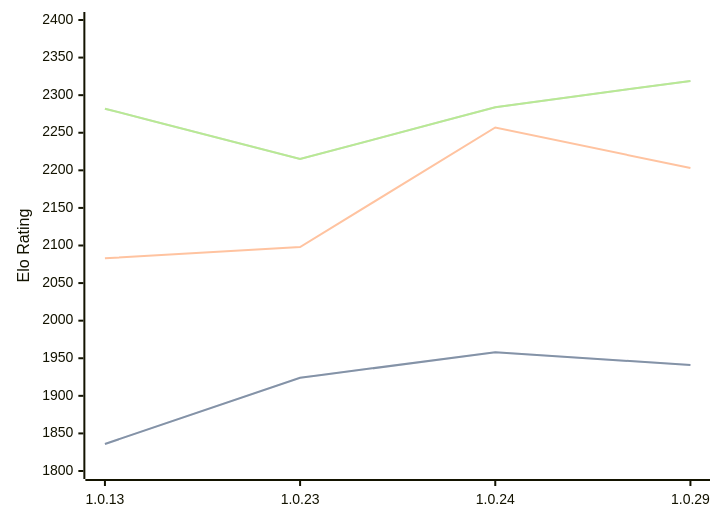
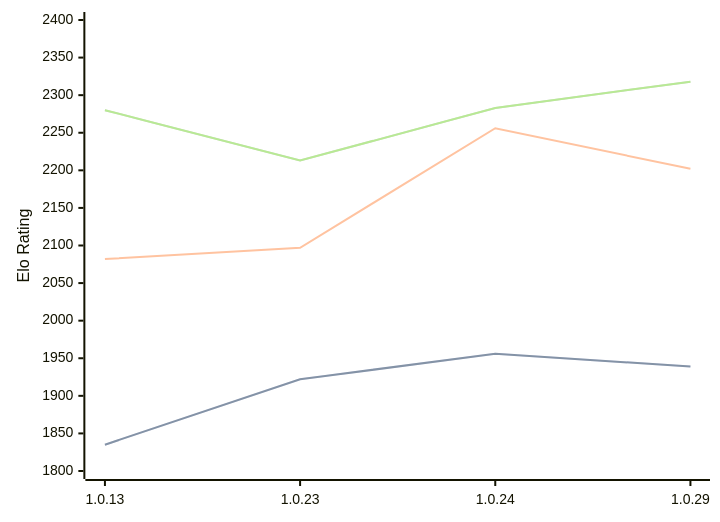
One commit to computer-chess-index/cci changed the diagram in engines/RustyRival.md. Above: the diagram before and after it, drawn with Mermaid. The commit also changed other lines of this file, not shown here.

Commit message:
Update CCI Ratings (ELO VLTC) - 2026-03-08

````diff
--- a/engines/RustyRival.md
+++ b/engines/RustyRival.md
@@ -55,11 +56,11 @@
 ```mermaid
 %%{init: {"theme":"base","themeVariables":{"seriesColors:['#a3a3a3','#222221','#faa371']}}}%%
 xychart-beta
   x-axis ["1.0.13", "1.0.23", "1.0.24", "1.0.29"]
   y-axis "Elo Rating" 1800 --> 2400
-  line "STC (8.0+0.08s)" [1836, 1924, 1958, 1941]
-  line "STC (8.0+0.08s)" [1836, 1924, 1958, 1941]
-  line "LTC (60.0+0.60s)" [2083, 2098, 2257, 2203]
-  line "VLTC (2m24s+1.12s)" [2282, 2215, 2284, 2319]
-  line "VLTC (2m24s+1.12s)" [2282, 2215, 2284, 2319]
+  line "STC (8.0+0.08s)" [1835, 1922, 1956, 1939]
+  line "STC (8.0+0.08s)" [1835, 1922, 1956, 1939]
+  line "LTC (60.0+0.60s)" [2082, 2097, 2256, 2202]
+  line "VLTC (2m24s+1.12s)" [2280, 2213, 2283, 2318]
+  line "VLTC (2m24s+1.12s)" [2280, 2213, 2283, 2318]
 ```
````
